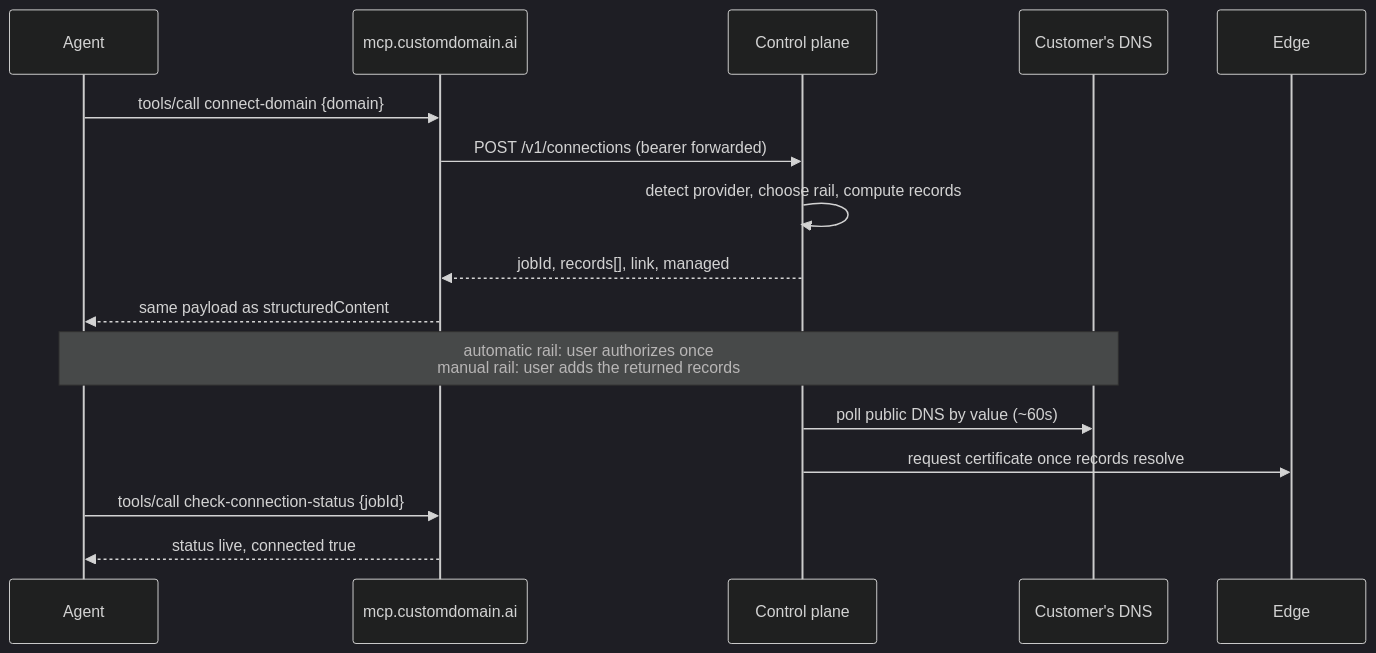
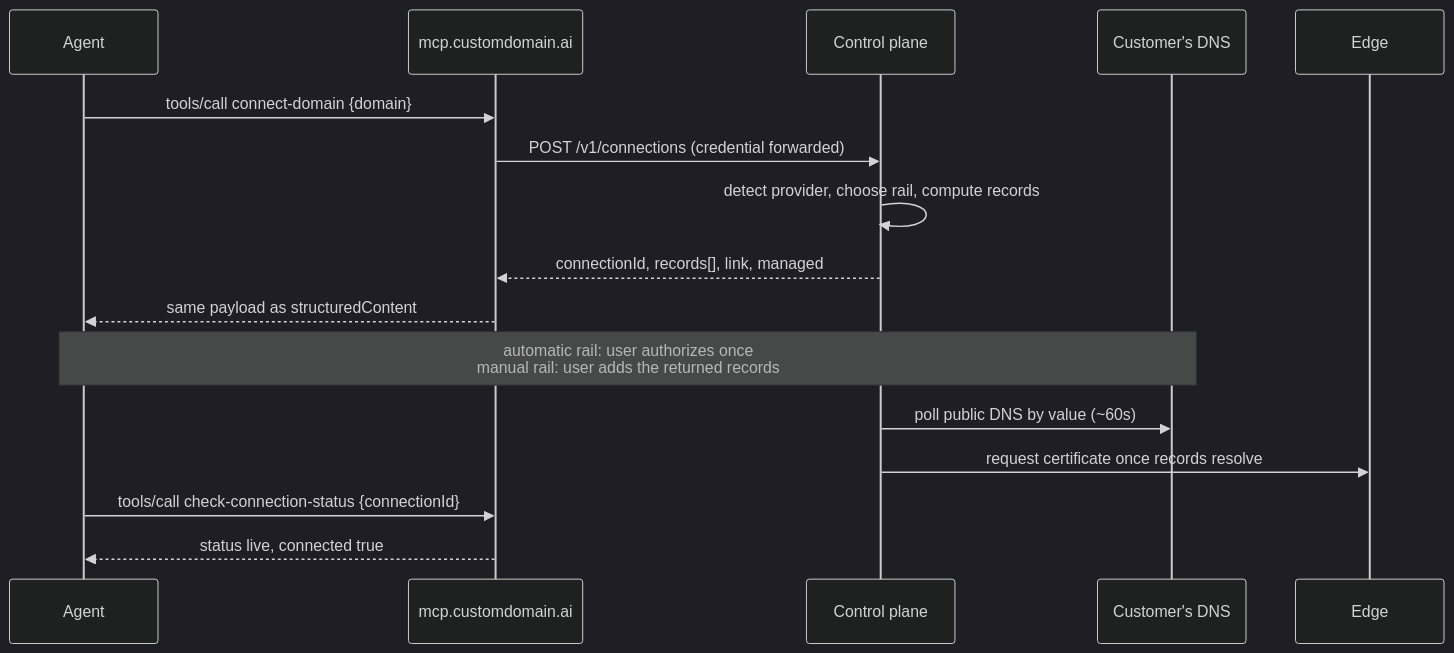
The second of 2 diagrams in README.md (CUSTOM-DOMAIN-APP/customdomain-mcp), drawn with Mermaid (dark theme) before and after one commit. The commit also changed other lines of this file and 2 other files, not shown here.

````diff
--- a/README.md
+++ b/README.md
@@ -297,18 +365,18 @@
 ```mermaid
 sequenceDiagram
   participant A as Agent
   participant M as mcp.customdomain.ai
   participant C as Control plane
   participant D as Customer's DNS
   participant E as Edge
   A->>M: tools/call connect-domain {domain}
-  M->>C: POST /v1/connections (bearer forwarded)
+  M->>C: POST /v1/connections (credential forwarded)
   C->>C: detect provider, choose rail, compute records
-  C-->>M: jobId, records[], link, managed
+  C-->>M: connectionId, records[], link, managed
   M-->>A: same payload as structuredContent
   Note over A,D: automatic rail: user authorizes once<br/>manual rail: user adds the returned records
   C->>D: poll public DNS by value (~60s)
   C->>E: request certificate once records resolve
-  A->>M: tools/call check-connection-status {jobId}
+  A->>M: tools/call check-connection-status {connectionId}
   M-->>A: status live, connected true
 ```
````
